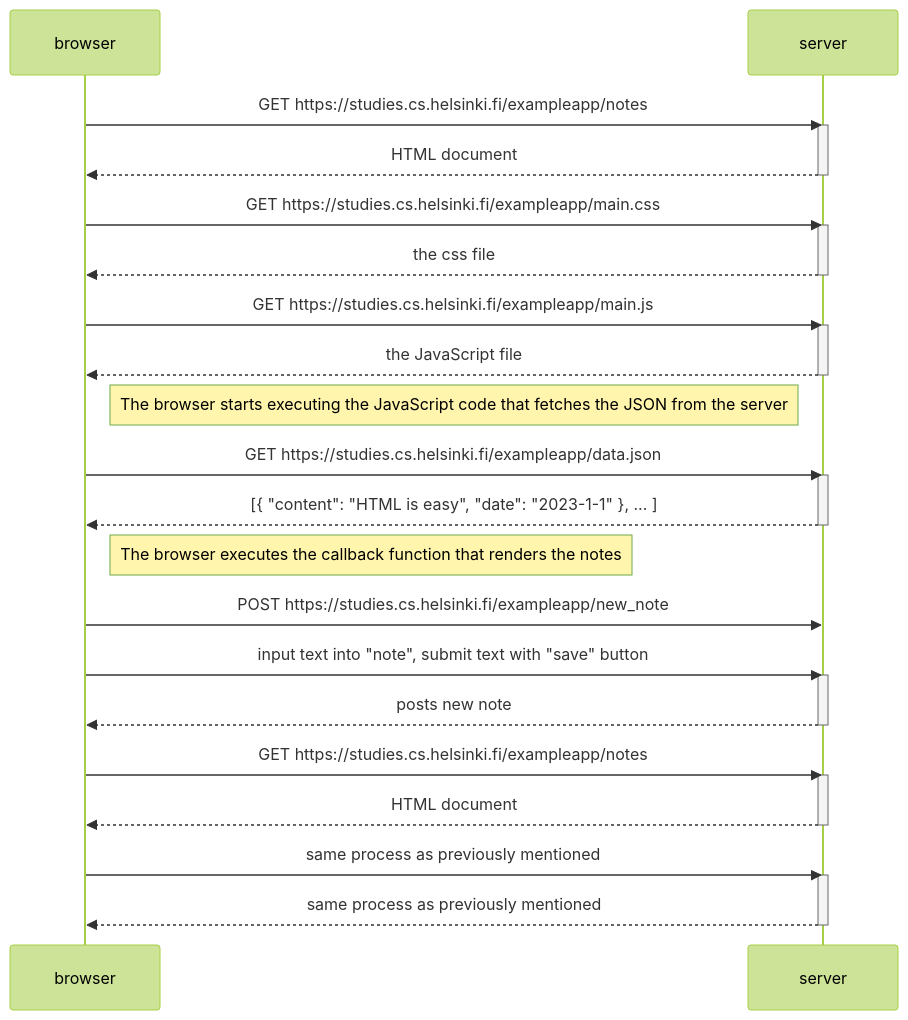
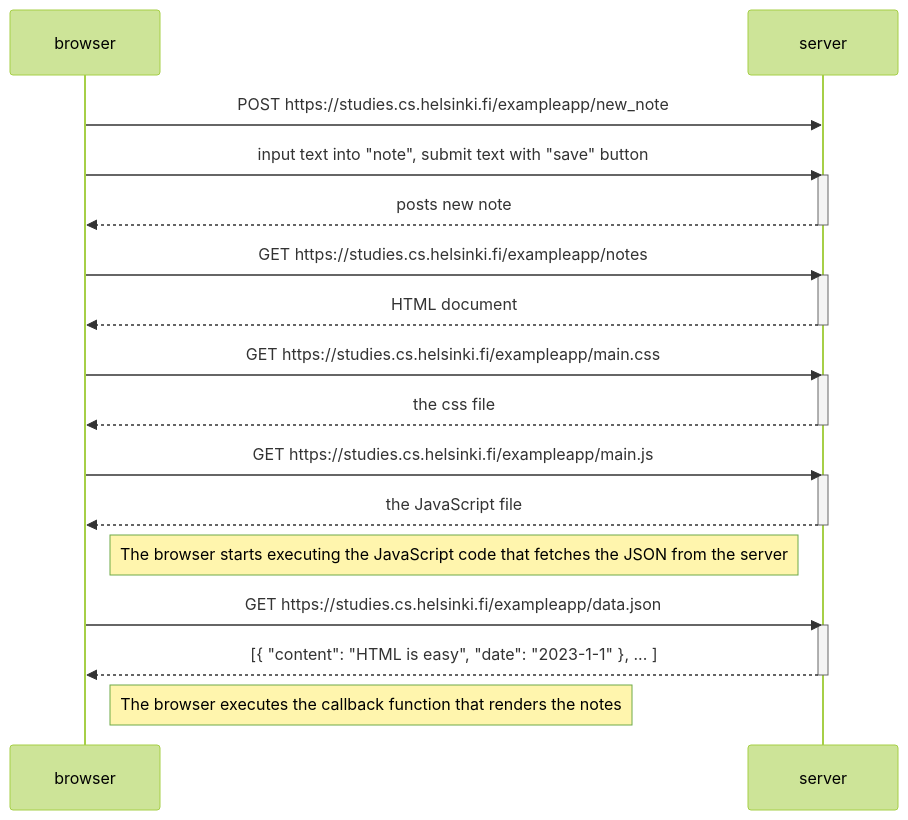
One commit to iFangg/Helsinki_Fullstack_WebDev changed the diagram in part0/0-4_note.md. Above: the diagram before and after it, drawn with Mermaid (forest theme). The commit also changed 2 other files, not shown here.

Commit message:
Fixed and completed all notes

````diff
--- a/part0/0-4_note.md
+++ b/part0/0-4_note.md
@@ -1,45 +1,35 @@
 ```mermaid
 sequenceDiagram
     participant browser
     participant server
+
+    browser->>server: POST https://studies.cs.helsinki.fi/exampleapp/new_note
+    browser->>server: input text into "note", submit text with "save" button
+    activate server
+    server-->>browser: posts new note
+    deactivate server
 
     browser->>server: GET https://studies.cs.helsinki.fi/exampleapp/notes
     activate server
     server-->>browser: HTML document
     deactivate server
 
     browser->>server: GET https://studies.cs.helsinki.fi/exampleapp/main.css
     activate server
     server-->>browser: the css file
     deactivate server
 
     browser->>server: GET https://studies.cs.helsinki.fi/exampleapp/main.js
     activate server
     server-->>browser: the JavaScript file
     deactivate server
 
     Note right of browser: The browser starts executing the JavaScript code that fetches the JSON from the server
 
     browser->>server: GET https://studies.cs.helsinki.fi/exampleapp/data.json
     activate server
     server-->>browser: [{ "content": "HTML is easy", "date": "2023-1-1" }, ... ]
     deactivate server
 
     Note right of browser: The browser executes the callback function that renders the notes
-
-    browser->>server: POST https://studies.cs.helsinki.fi/exampleapp/new_note
-    browser->>server: input text into "note", submit text with "save" button
-    activate server
-    server-->>browser: posts new note
-    deactivate server
-
-    browser->>server: GET https://studies.cs.helsinki.fi/exampleapp/notes
-    activate server
-    server-->>browser: HTML document
-    deactivate server
-
-    browser->>server: same process as previously mentioned
-    activate server
-    server-->>browser: same process as previously mentioned
-    deactivate server
 ```
````
